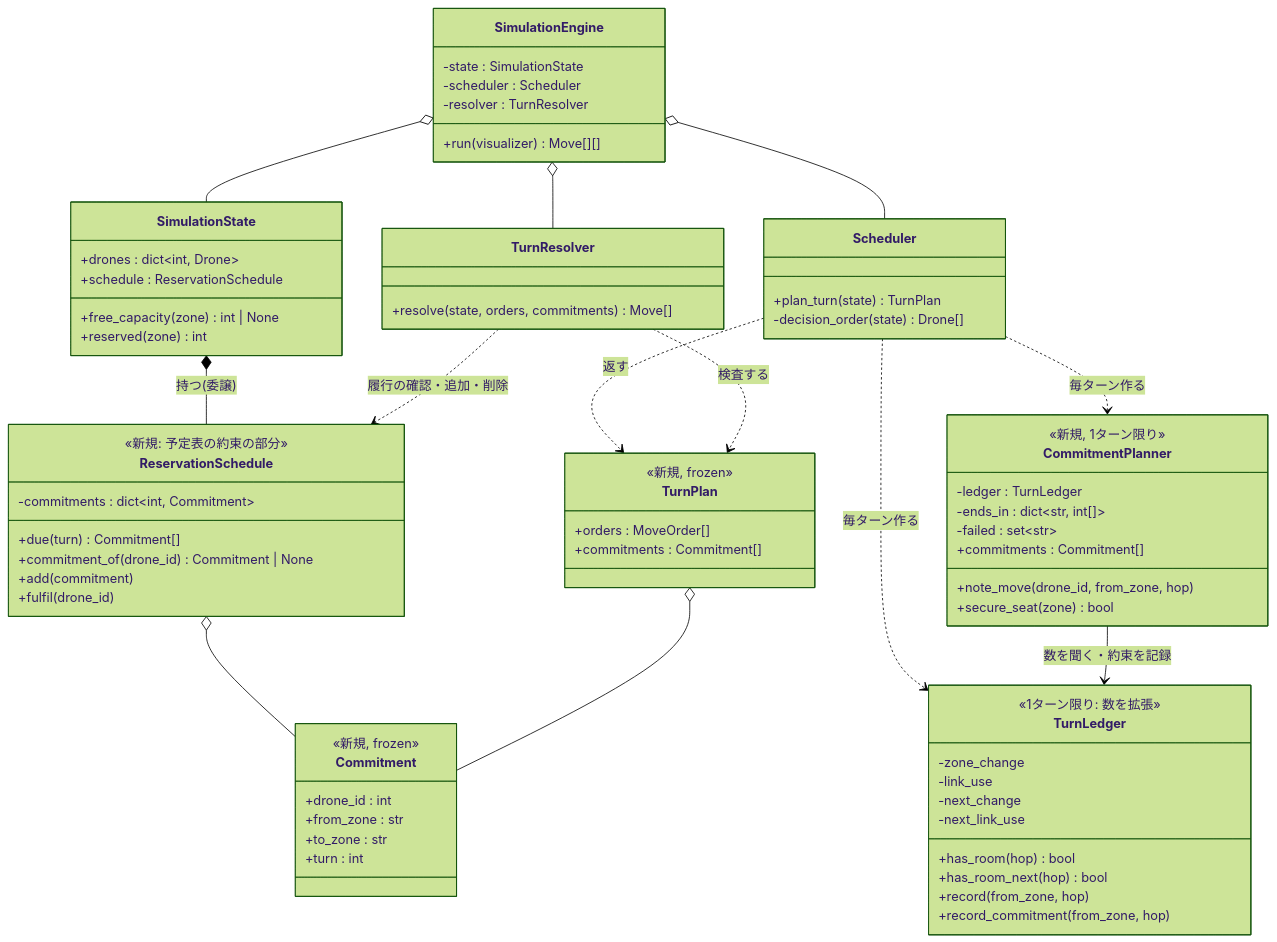
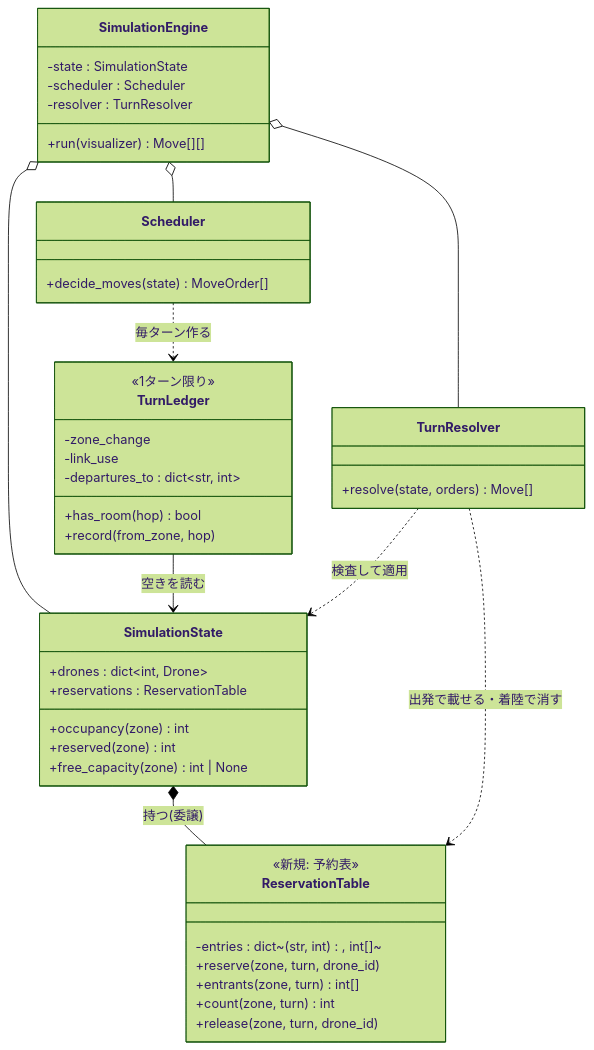
One commit to saikawakiruya-droid/fly_in changed the first of 3 diagrams in docs/research/2026-10-18_design-timed-reservation.md. Above: the diagram before and after it, drawn with Mermaid (forest theme). The commit also changed other lines of this file and 1 other file, not shown here.

Commit message:
Revise the restricted reservation design to the per-turn reservation table model

````diff
--- a/docs/research/2026-10-18_design-timed-reservation.md
+++ b/docs/research/2026-10-18_design-timed-reservation.md
@@ -228,75 +142,47 @@
 ```mermaid
 classDiagram
     class SimulationEngine {
         -state : SimulationState
         -scheduler : Scheduler
         -resolver : TurnResolver
         +run(visualizer) Move[][]
     }
     class SimulationState {
         +drones : dict~int, Drone~
-        +schedule : ReservationSchedule
+        +reservations : ReservationTable
+        +occupancy(zone) int
+        +reserved(zone) int
         +free_capacity(zone) int | None
-        +reserved(zone) int
     }
-    class ReservationSchedule {
-        <<新規: 予定表の約束の部分>>
-        -commitments : dict~int, Commitment~
-        +due(turn) Commitment[]
-        +commitment_of(drone_id) Commitment | None
-        +add(commitment)
-        +fulfil(drone_id)
-    }
-    class Commitment {
-        <<新規, frozen>>
-        +drone_id : int
-        +from_zone : str
-        +to_zone : str
-        +turn : int
-    }
-    class TurnPlan {
-        <<新規, frozen>>
-        +orders : MoveOrder[]
-        +commitments : Commitment[]
+    class ReservationTable {
+        <<新規: 予約表>>
+        -entries : dict~(str, int), int[]~
+        +reserve(zone, turn, drone_id)
+        +entrants(zone, turn) int[]
+        +count(zone, turn) int
+        +release(zone, turn, drone_id)
     }
     class Scheduler {
-        +plan_turn(state) TurnPlan
-        -decision_order(state) Drone[]
+        +decide_moves(state) MoveOrder[]
     }
     class TurnLedger {
-        <<1ターン限り: 数を拡張>>
+        <<1ターン限り>>
         -zone_change
         -link_use
-        -next_change
-        -next_link_use
+        -departures_to : dict~str, int~
         +has_room(hop) bool
-        +has_room_next(hop) bool
         +record(from_zone, hop)
-        +record_commitment(from_zone, hop)
-    }
-    class CommitmentPlanner {
-        <<新規, 1ターン限り>>
-        -ledger : TurnLedger
-        -ends_in : dict~str, int[]~
-        -failed : set~str~
-        +note_move(drone_id, from_zone, hop)
-        +secure_seat(zone) bool
-        +commitments : Commitment[]
     }
     class TurnResolver {
-        +resolve(state, orders, commitments) Move[]
+        +resolve(state, orders) Move[]
     }
 
     SimulationEngine o-- SimulationState
     SimulationEngine o-- Scheduler
     SimulationEngine o-- TurnResolver
-    SimulationState *-- ReservationSchedule : 持つ(委譲)
-    ReservationSchedule o-- Commitment
+    SimulationState *-- ReservationTable : 持つ(委譲)
     Scheduler ..> TurnLedger : 毎ターン作る
-    Scheduler ..> CommitmentPlanner : 毎ターン作る
-    CommitmentPlanner --> TurnLedger : 数を聞く・約束を記録
-    Scheduler ..> TurnPlan : 返す
-    TurnPlan o-- Commitment
-    TurnResolver ..> TurnPlan : 検査する
-    TurnResolver ..> ReservationSchedule : 履行の確認・追加・削除
+    TurnLedger --> SimulationState : 空きを読む
+    TurnResolver ..> ReservationTable : 出発で載せる・着陸で消す
+    TurnResolver ..> SimulationState : 検査して適用
 ```
````
